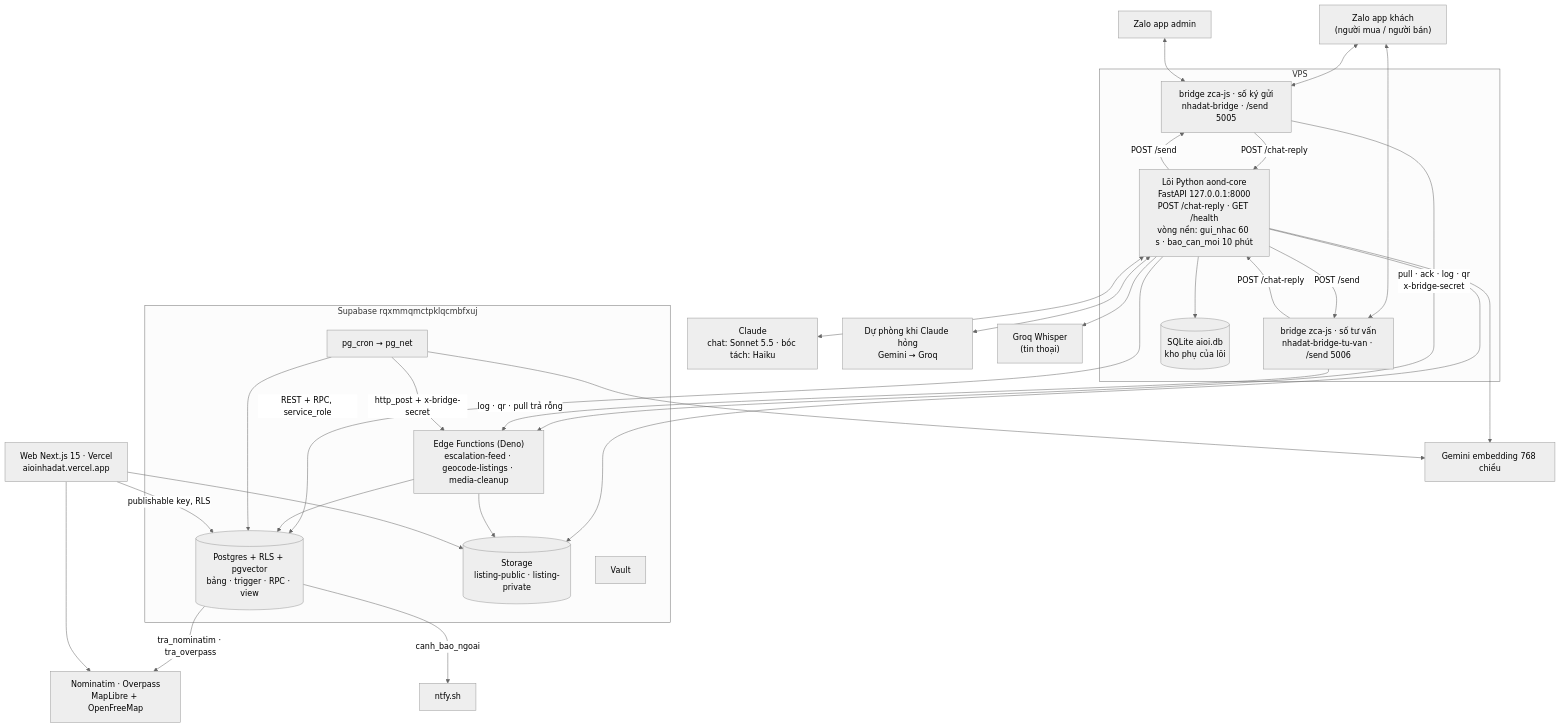
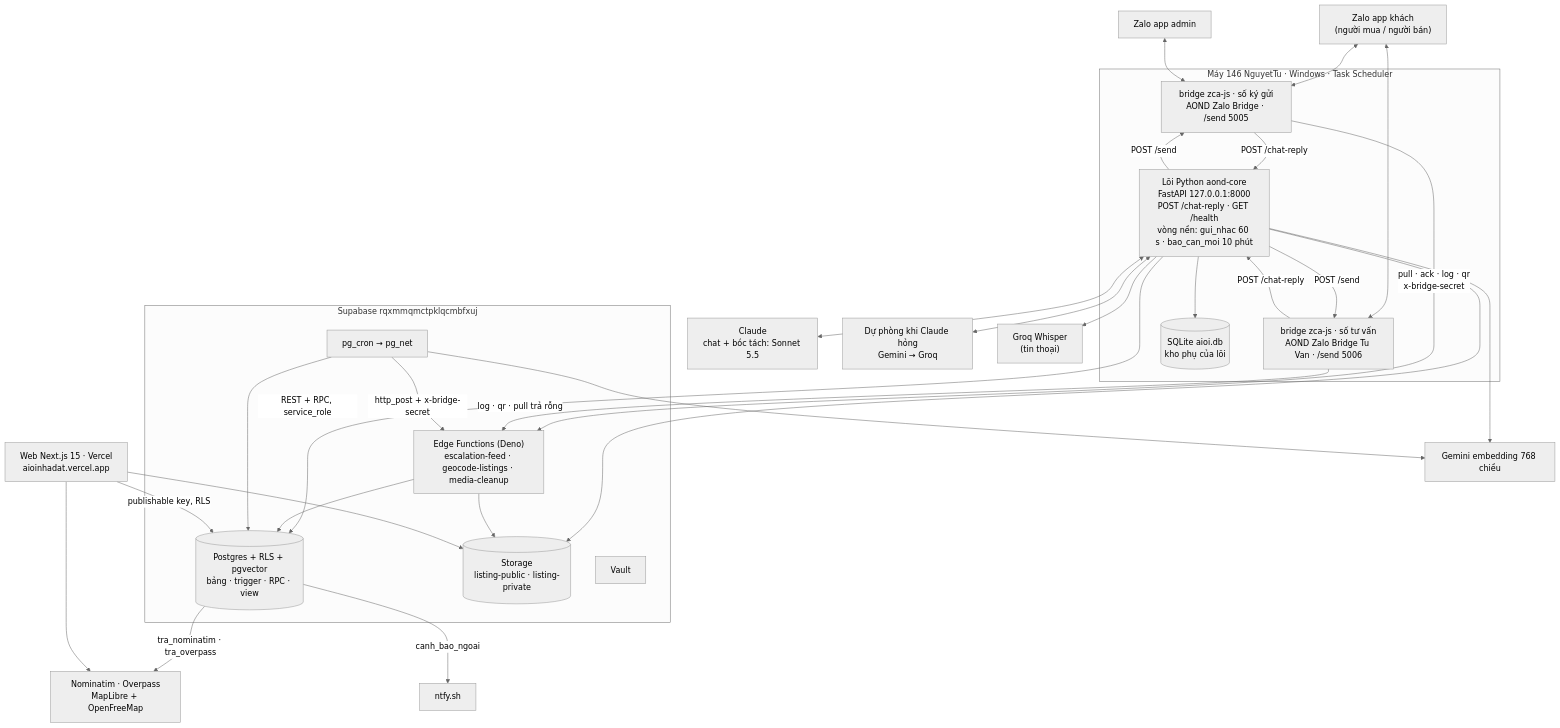
The first of 3 diagrams in docs/07-srs.md (quang507/AOND), drawn with Mermaid (neutral theme) before and after one commit. The commit also changed other lines of this file and 5 other files, not shown here.

First line of the commit message:
Docs: VPS → máy 146 "NguyetTu" (Windows, Task Scheduler)

````diff
--- a/docs/07-srs.md
+++ b/docs/07-srs.md
@@ -48,52 +48,52 @@
 ```mermaid
 flowchart TB
     ZK["Zalo app khách<br/>(người mua / người bán)"]
     ZA["Zalo app admin"]
     W["Web Next.js 15 · Vercel<br/>aioinhadat.vercel.app"]
-    subgraph VPS["VPS"]
-        BR1["bridge zca-js · số ký gửi<br/>nhadat-bridge · /send 5005"]
-        BR2["bridge zca-js · số tư vấn<br/>nhadat-bridge-tu-van · /send 5006"]
+    subgraph M146["Máy 146 NguyetTu · Windows · Task Scheduler"]
+        BR1["bridge zca-js · số ký gửi<br/>AOND Zalo Bridge · /send 5005"]
+        BR2["bridge zca-js · số tư vấn<br/>AOND Zalo Bridge Tu Van · /send 5006"]
         CORE["Lõi Python aond-core<br/>FastAPI 127.0.0.1:8000<br/>POST /chat-reply · GET /health<br/>vòng nền: gui_nhac 60 s · bao_can_moi 10 phút"]
         SQL[("SQLite aioi.db<br/>kho phụ của lõi")]
     end
     subgraph SB["Supabase rqxmmqmctpklqcmbfxuj"]
         DB[("Postgres + RLS + pgvector<br/>bảng · trigger · RPC · view")]
         EF["Edge Functions (Deno)<br/>escalation-feed · geocode-listings · media-cleanup"]
         CRON["pg_cron → pg_net"]
         ST[("Storage<br/>listing-public · listing-private")]
         VA["Vault"]
     end
-    CL["Claude<br/>chat: Sonnet 5.5 · bóc tách: Haiku"]
+    CL["Claude<br/>chat + bóc tách: Sonnet 5.5"]
     DP["Dự phòng khi Claude hỏng<br/>Gemini → Groq"]
     EMB["Gemini embedding 768 chiều"]
     WH["Groq Whisper<br/>(tin thoại)"]
     OSM["Nominatim · Overpass<br/>MapLibre + OpenFreeMap"]
     NTFY["ntfy.sh"]
 
     ZK <--> BR1
     ZK <--> BR2
     ZA <--> BR1
     BR1 -->|POST /chat-reply| CORE
     BR2 -->|POST /chat-reply| CORE
     CORE -->|POST /send| BR1
     CORE -->|POST /send| BR2
     CORE --> SQL
     CORE -->|REST + RPC, service_role| DB
     CORE --> ST
     CORE <--> CL
     CORE <--> DP
     CORE --> EMB
     CORE --> WH
     BR1 -->|pull · ack · log · qr<br/>x-bridge-secret| EF
     BR2 -->|log · qr · pull trả rỗng| EF
     EF --> DB
     EF --> ST
     CRON -->|http_post + x-bridge-secret| EF
     CRON --> DB
     CRON --> EMB
     DB -->|tra_nominatim · tra_overpass| OSM
     DB -->|canh_bao_ngoai| NTFY
     W -->|publishable key, RLS| DB
     W --> ST
     W --> OSM
 ```
````
